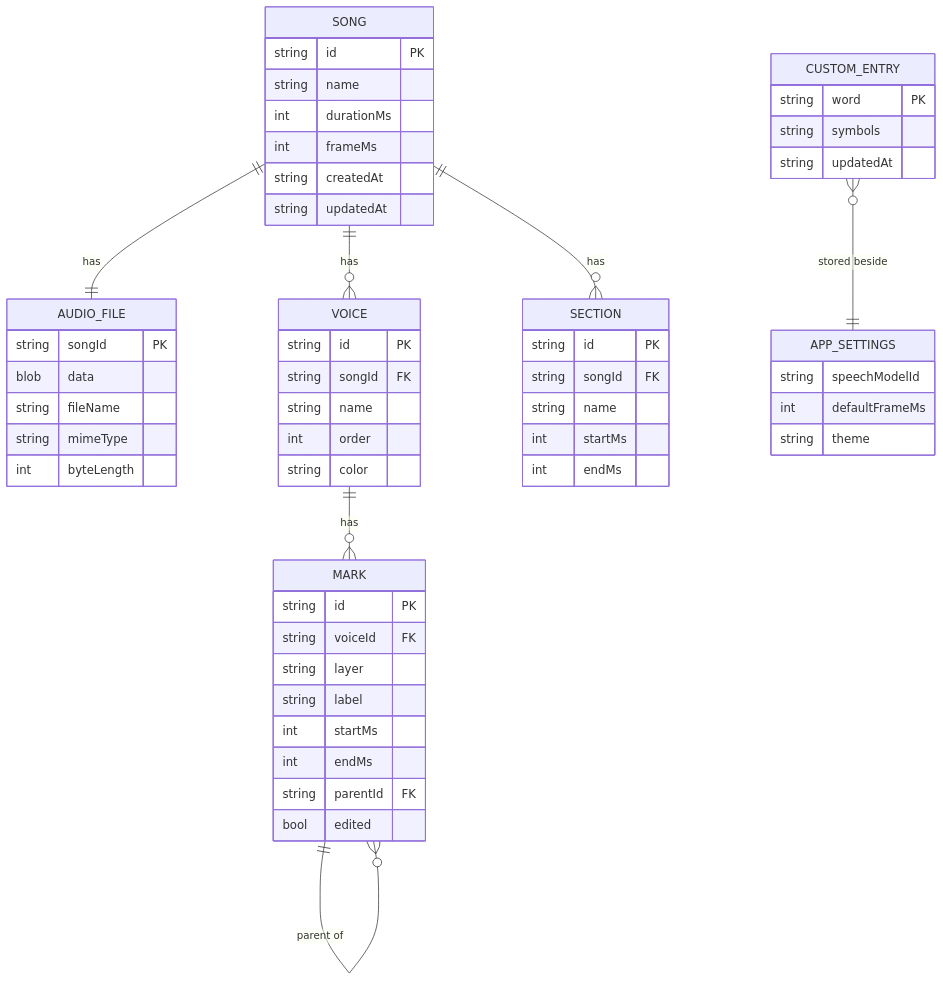
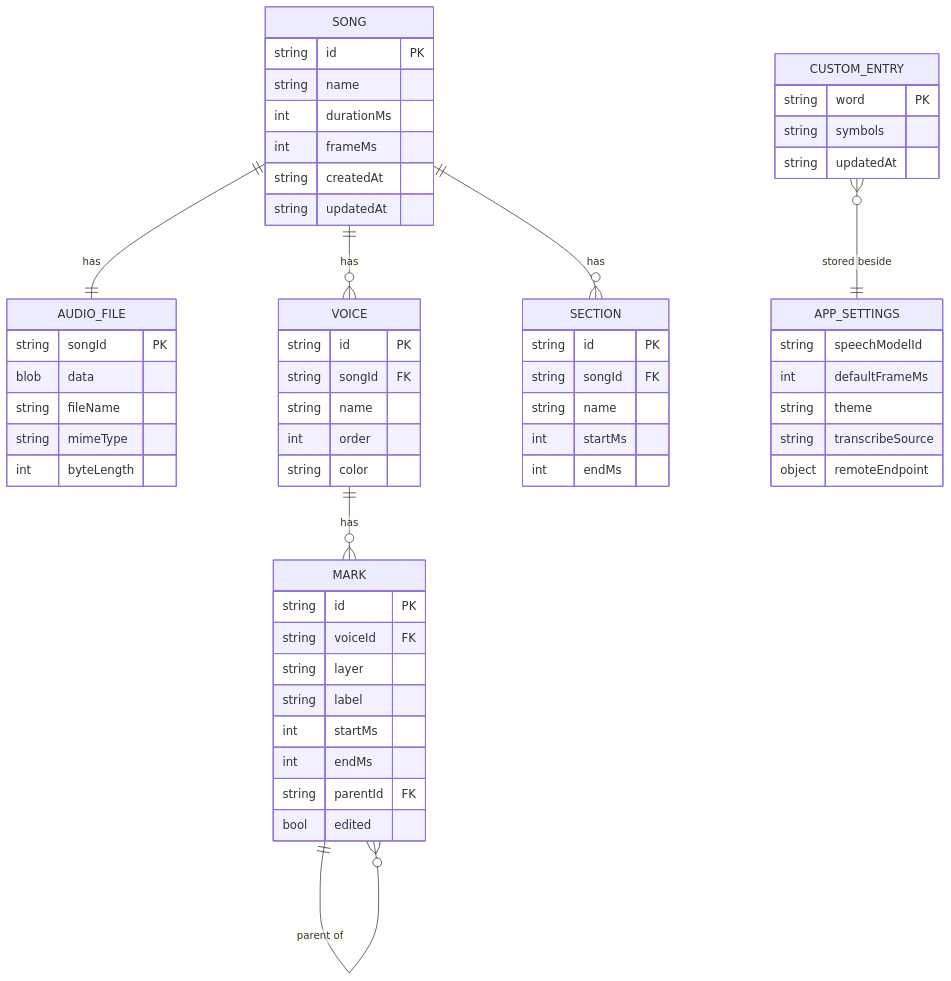
One commit to sniper7kills/xlights-singing-face-timing changed the second of 2 diagrams in docs/specs/spec.md. Above: the diagram before and after it, drawn with Mermaid. The commit also changed other lines of this file and 32 other files, not shown here.

Commit message:
Add a remote Whisper endpoint as a choice for a transcribe run (#102)

````diff
--- a/docs/specs/spec.md
+++ b/docs/specs/spec.md
@@ -239,58 +251,60 @@
 ```mermaid
 erDiagram
   SONG ||--|| AUDIO_FILE : has
   SONG ||--o{ VOICE : has
   SONG ||--o{ SECTION : has
   VOICE ||--o{ MARK : has
   MARK ||--o{ MARK : "parent of"
   CUSTOM_ENTRY }o--|| APP_SETTINGS : "stored beside"
   SONG {
     string id PK
     string name
     int durationMs
     int frameMs
     string createdAt
     string updatedAt
   }
   AUDIO_FILE {
     string songId PK
     blob data
     string fileName
     string mimeType
     int byteLength
   }
   VOICE {
     string id PK
     string songId FK
     string name
     int order
     string color
   }
   SECTION {
     string id PK
     string songId FK
     string name
     int startMs
     int endMs
   }
   MARK {
     string id PK
     string voiceId FK
     string layer
     string label
     int startMs
     int endMs
     string parentId FK
     bool edited
   }
   CUSTOM_ENTRY {
     string word PK
     string symbols
     string updatedAt
   }
   APP_SETTINGS {
     string speechModelId
     int defaultFrameMs
     string theme
+    string transcribeSource
+    object remoteEndpoint
   }
 ```
````
